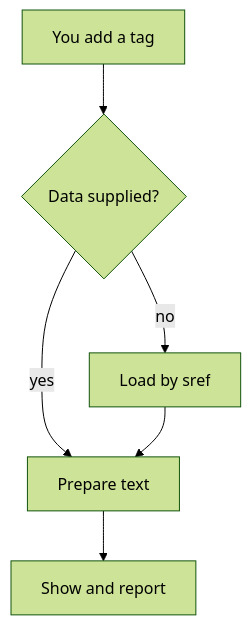
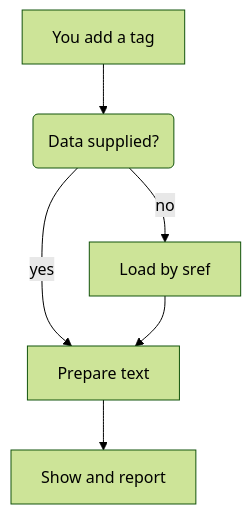
The diagram in docs/concepts/how-the-toolkit-works.md (Arithmomaniac/sefaria-frontend-toolkit), drawn with Mermaid (forest theme) before and after one commit. The commit also changed 1 other file, not shown here.

Commit message:
docs: rounded decision nodes, clearer B20 chart question
Copilot-Session: dd9849ae-3d3f-4ddd-b5b9-a44408441a1a

````diff
--- a/docs/concepts/how-the-toolkit-works.md
+++ b/docs/concepts/how-the-toolkit-works.md
@@ -12,8 +12,8 @@
 ```mermaid
 flowchart TD
-  A["You add a tag"] --> B{"Data supplied?"}
+  A["You add a tag"] --> B("Data supplied?")
   B -->|"yes"| PREP["Prepare text"]
   B -->|"no"| LOAD["Load by sref"]
   LOAD --> PREP
   PREP --> SHOW["Show and report"]
 ```
````
